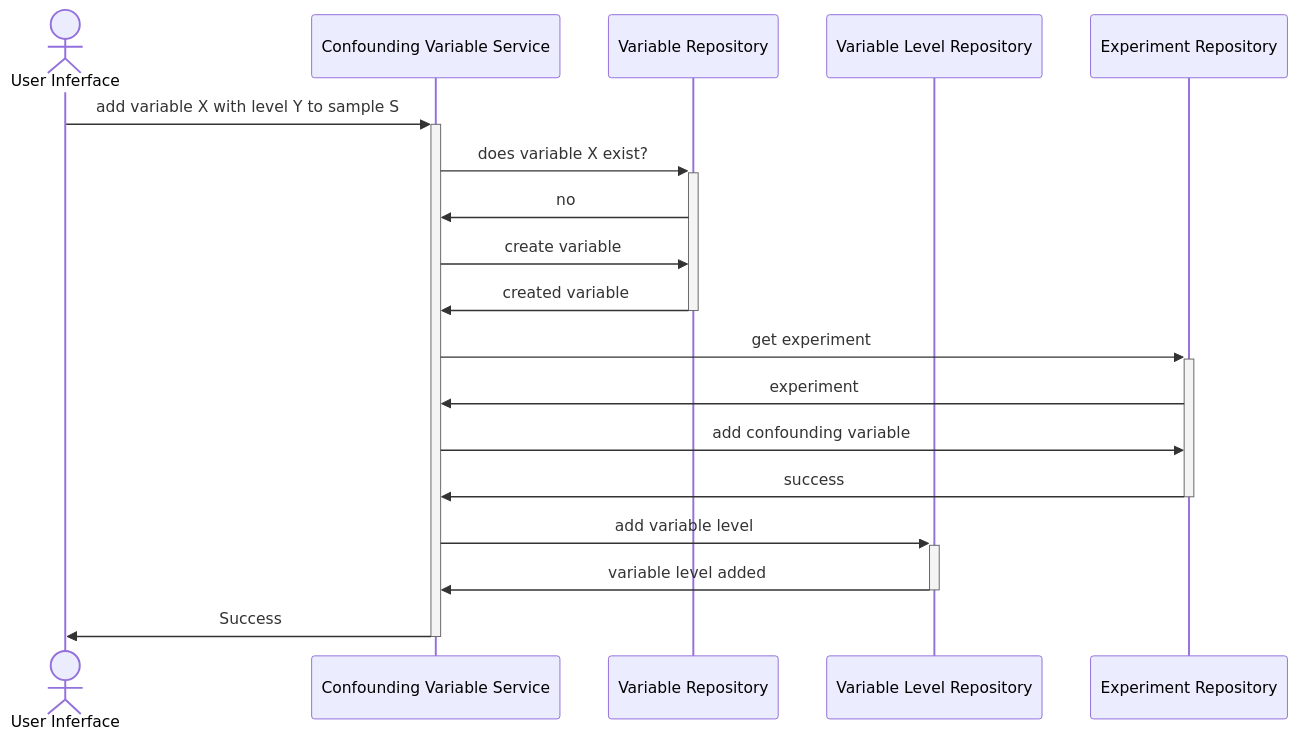
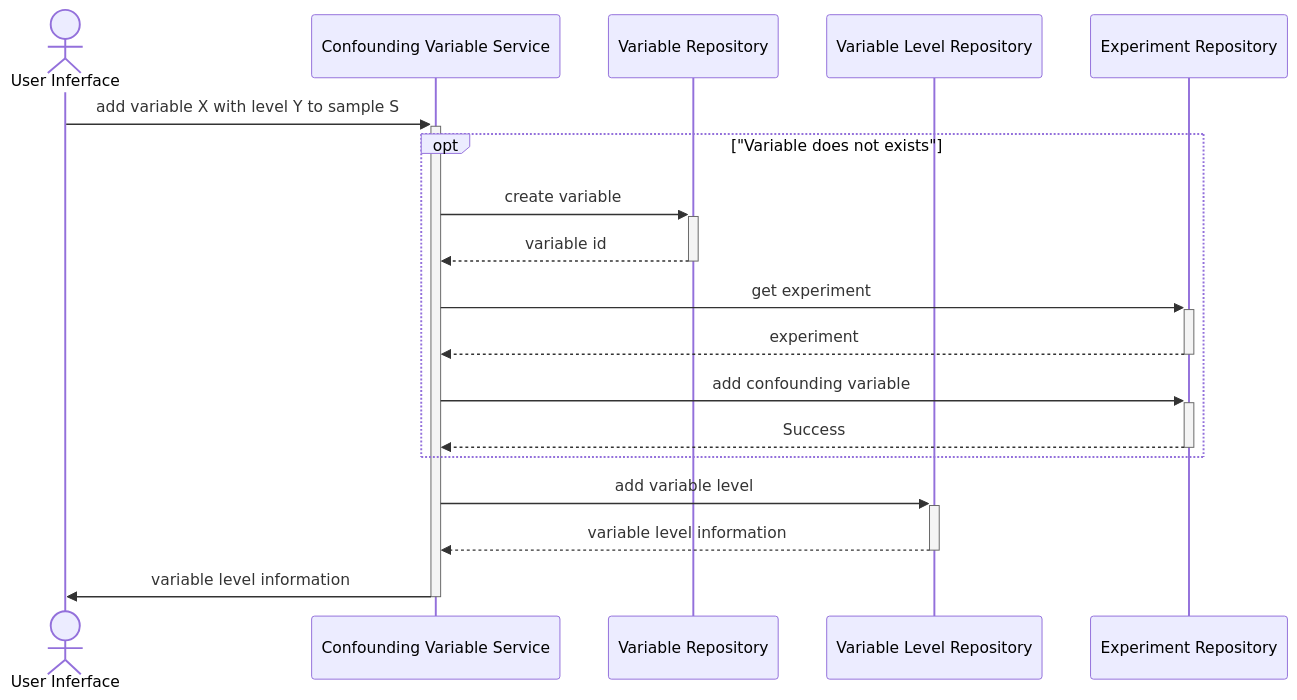
Before and after one commit to qbicsoftware/data-manager-app: the second of 2 diagrams in project-management/src/main/java/life/qbic/projectmanagement/diagrams/confounding-variables.md, drawn with Mermaid. The commit also changed other lines of this file, not shown here.

Commit message:
refine diagram

````diff
--- a/project-management/src/main/java/life/qbic/projectmanagement/diagrams/confounding-variables.md
+++ b/project-management/src/main/java/life/qbic/projectmanagement/diagrams/confounding-variables.md
@@ -47,20 +28,24 @@
 ```mermaid
+---
+  look: handDrawn
+  theme: neutral
+---
 sequenceDiagram
     actor UI as User Inferface
     participant SERVICE as Confounding Variable Service
     participant VAR_REPO as Variable Repository
     participant LEVEL_REPO as Variable Level Repository
     participant EXP as Experiment Repository
     UI ->>+ SERVICE: add variable X with level Y to sample S
-    SERVICE ->>+ VAR_REPO: does variable X exist?
-    VAR_REPO ->> SERVICE: no
-    SERVICE ->> VAR_REPO: create variable
-    VAR_REPO ->>- SERVICE: created variable
-    SERVICE ->>+ EXP: get experiment
-    EXP ->> SERVICE: experiment
-    SERVICE ->> EXP: add confounding variable
-    EXP ->>- SERVICE: success
+    opt "Variable does not exists"
+        SERVICE ->>+ VAR_REPO: create variable
+        VAR_REPO -->>- SERVICE: variable id
+        SERVICE ->>+ EXP: get experiment
+        EXP -->>- SERVICE: experiment
+        SERVICE ->>+ EXP: add confounding variable
+        EXP -->>- SERVICE: Success
+    end
     SERVICE ->>+ LEVEL_REPO: add variable level
-    LEVEL_REPO ->>- SERVICE: variable level added
-    SERVICE ->>- UI: Success
+    LEVEL_REPO -->>- SERVICE: variable level information
+    SERVICE ->>- UI: variable level information
 ```
````
